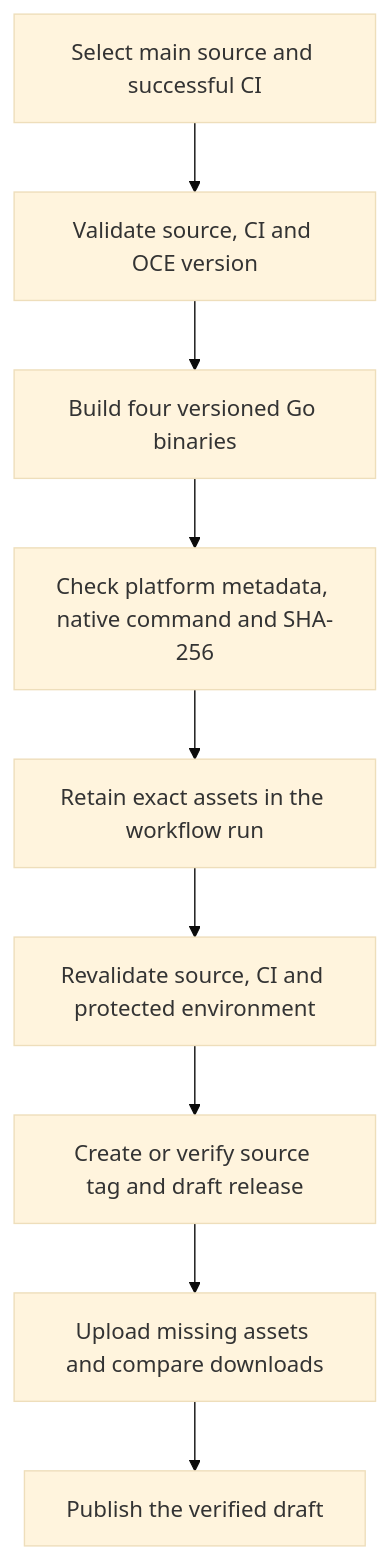
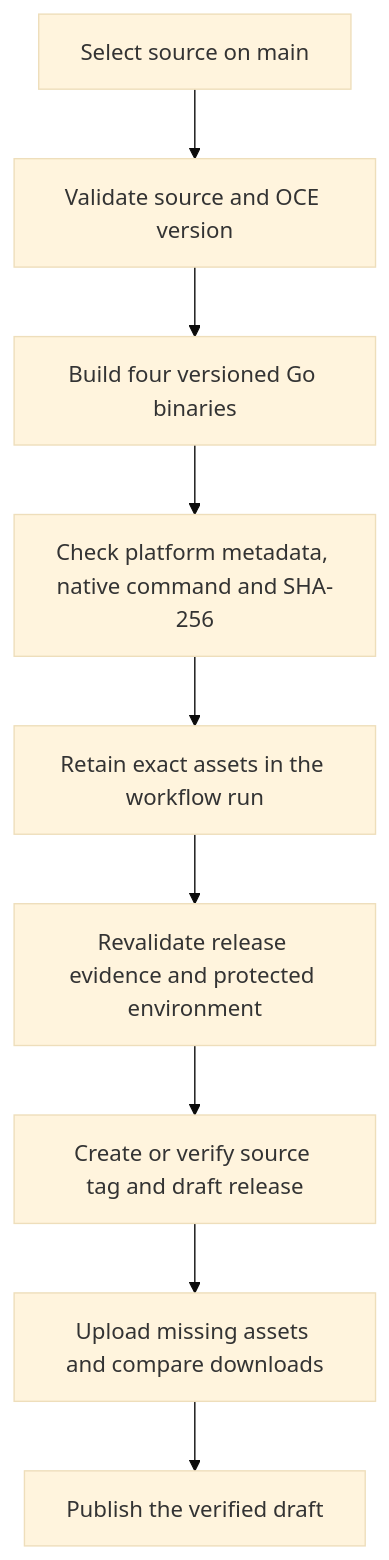
The diagram in docs/flows/cli-publication.md (openclaw/openclaw-enterprise), drawn with Mermaid (base theme) before and after one commit. The commit also changed other lines of this file and 40 other files, not shown here.

Commit message:
Qualify release commits from main without a prior CI run

````diff
--- a/docs/flows/cli-publication.md
+++ b/docs/flows/cli-publication.md
@@ -24,11 +24,11 @@
 ```mermaid
 graph TD
-  A["Select main source and successful CI"] --> B["Validate source, CI and OCE version"]
+  A["Select source on main"] --> B["Validate source and OCE version"]
   B --> C["Build four versioned Go binaries"]
   C --> D["Check platform metadata, native command and SHA-256"]
   D --> E["Retain exact assets in the workflow run"]
-  E --> F["Revalidate source, CI and protected environment"]
+  E --> F["Revalidate release evidence and protected environment"]
   F --> G["Create or verify source tag and draft release"]
   G --> H["Upload missing assets and compare downloads"]
   H --> I["Publish the verified draft"]
 ```
````
